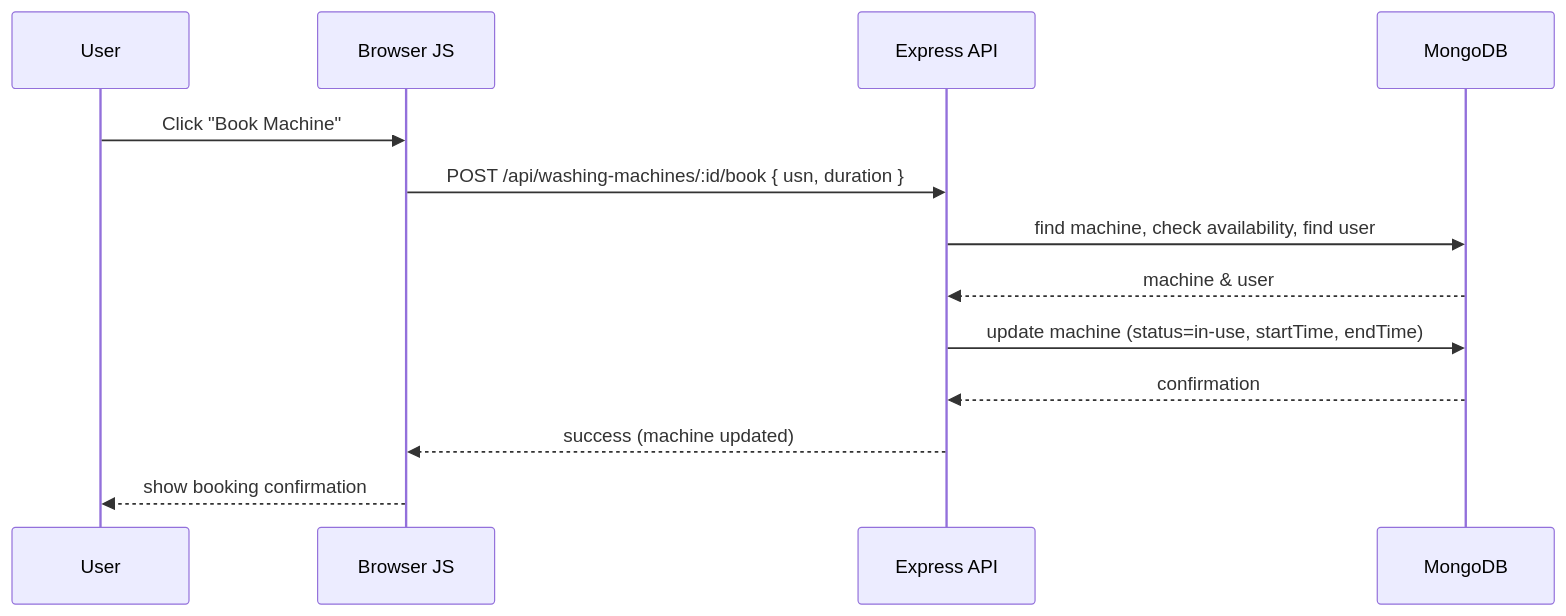
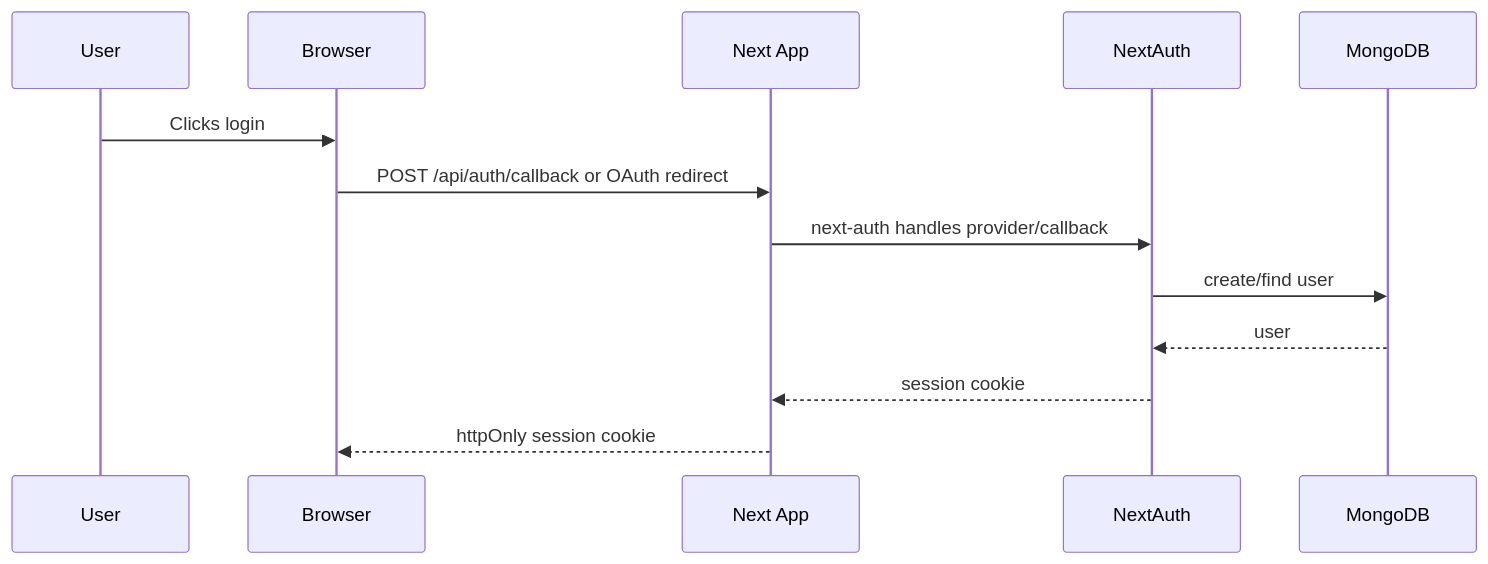
The second of 2 diagrams in README.md (rounakdey2003/ZenCampus), drawn with Mermaid before and after one commit. The commit also changed other lines of this file and 40 other files, not shown here.

````diff
--- a/README.md
+++ b/README.md
@@ -67,16 +183,16 @@
 ```mermaid
 sequenceDiagram
   participant U as User
-  participant B as Browser JS
-  participant S as Express API
+  participant B as Browser
+  participant F as Next App
+  participant S as NextAuth
   participant DB as MongoDB
 
-  U->>B: Click "Book Machine"
-  B->>S: POST /api/washing-machines/:id/book { usn, duration }
-  S->>DB: find machine, check availability, find user
-  DB-->>S: machine & user
-  S->>DB: update machine (status=in-use, startTime, endTime)
-  DB-->>S: confirmation
-  S-->>B: success (machine updated)
-  B-->>U: show booking confirmation
+  U->>B: Clicks login
+  B->>F: POST /api/auth/callback or OAuth redirect
+  F->>S: next-auth handles provider/callback
+  S->>DB: create/find user
+  DB-->>S: user
+  S-->>F: session cookie
+  F-->>B: httpOnly session cookie
 ```
````
